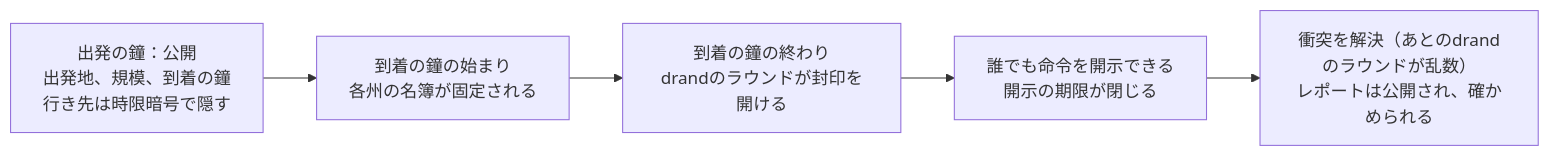
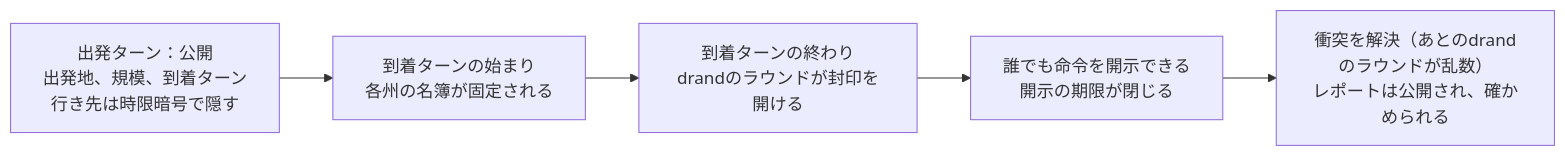
One commit to r0ze998/wylls changed the first of 3 diagrams in docs/DESIGN-OVERVIEW.ja.md. Above: the diagram before and after it, drawn with Mermaid. The commit also changed other lines of this file and 12 other files, not shown here.

````diff
--- a/docs/DESIGN-OVERVIEW.ja.md
+++ b/docs/DESIGN-OVERVIEW.ja.md
@@ -106,7 +106,7 @@
 ```mermaid
 flowchart LR
-  A["出発の鐘：公開<br/>出発地、規模、到着の鐘<br/>行き先は時限暗号で隠す"] --> B["到着の鐘の始まり<br/>各州の名簿が固定される"]
-  B --> C["到着の鐘の終わり<br/>drandのラウンドが封印を開ける"]
+  A["出発ターン：公開<br/>出発地、規模、到着ターン<br/>行き先は時限暗号で隠す"] --> B["到着ターンの始まり<br/>各州の名簿が固定される"]
+  B --> C["到着ターンの終わり<br/>drandのラウンドが封印を開ける"]
   C --> D["誰でも命令を開示できる<br/>開示の期限が閉じる"]
   D --> E["衝突を解決（あとのdrandのラウンドが乱数）<br/>レポートは公開され、確かめられる"]
 ```
````
